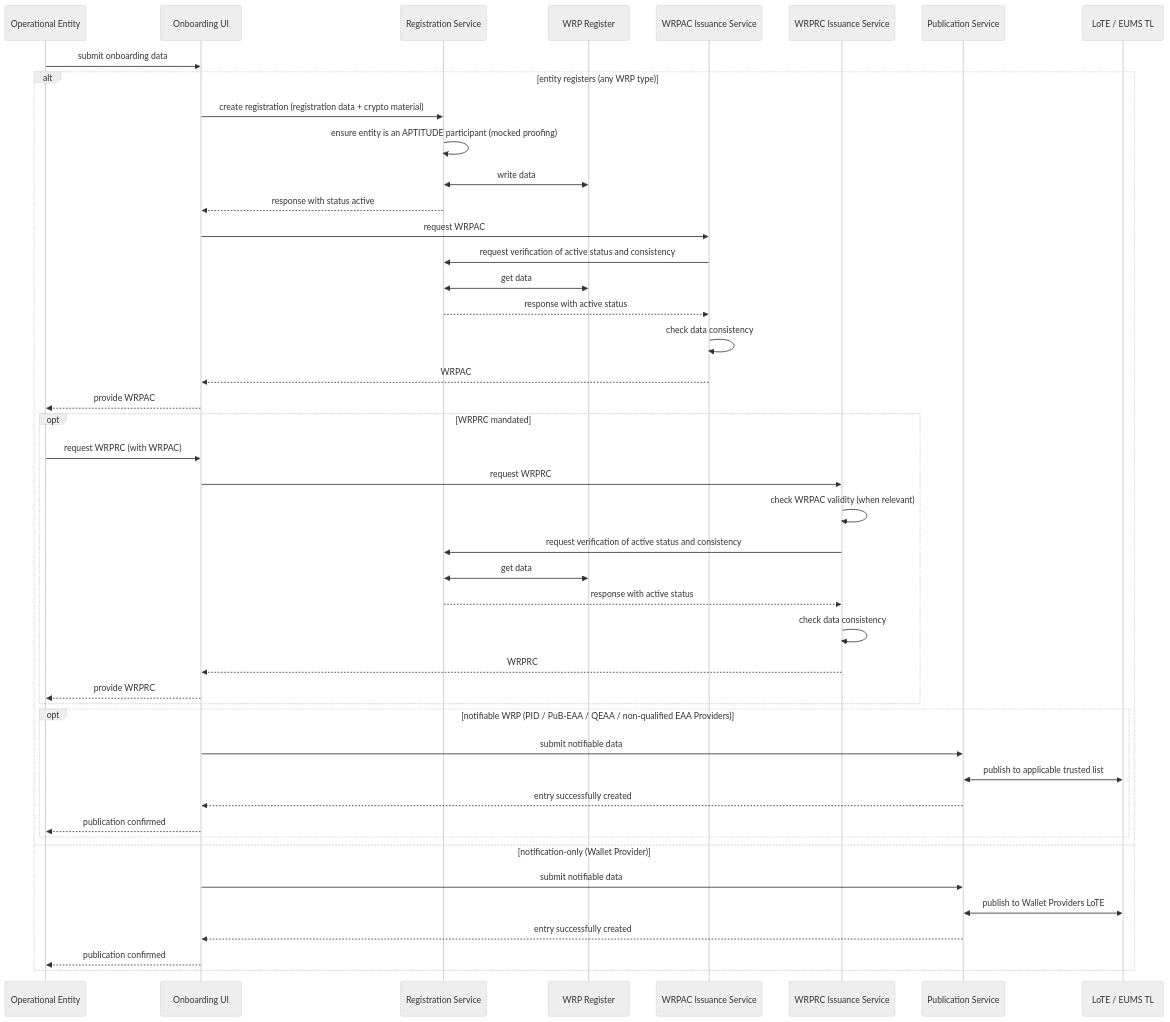
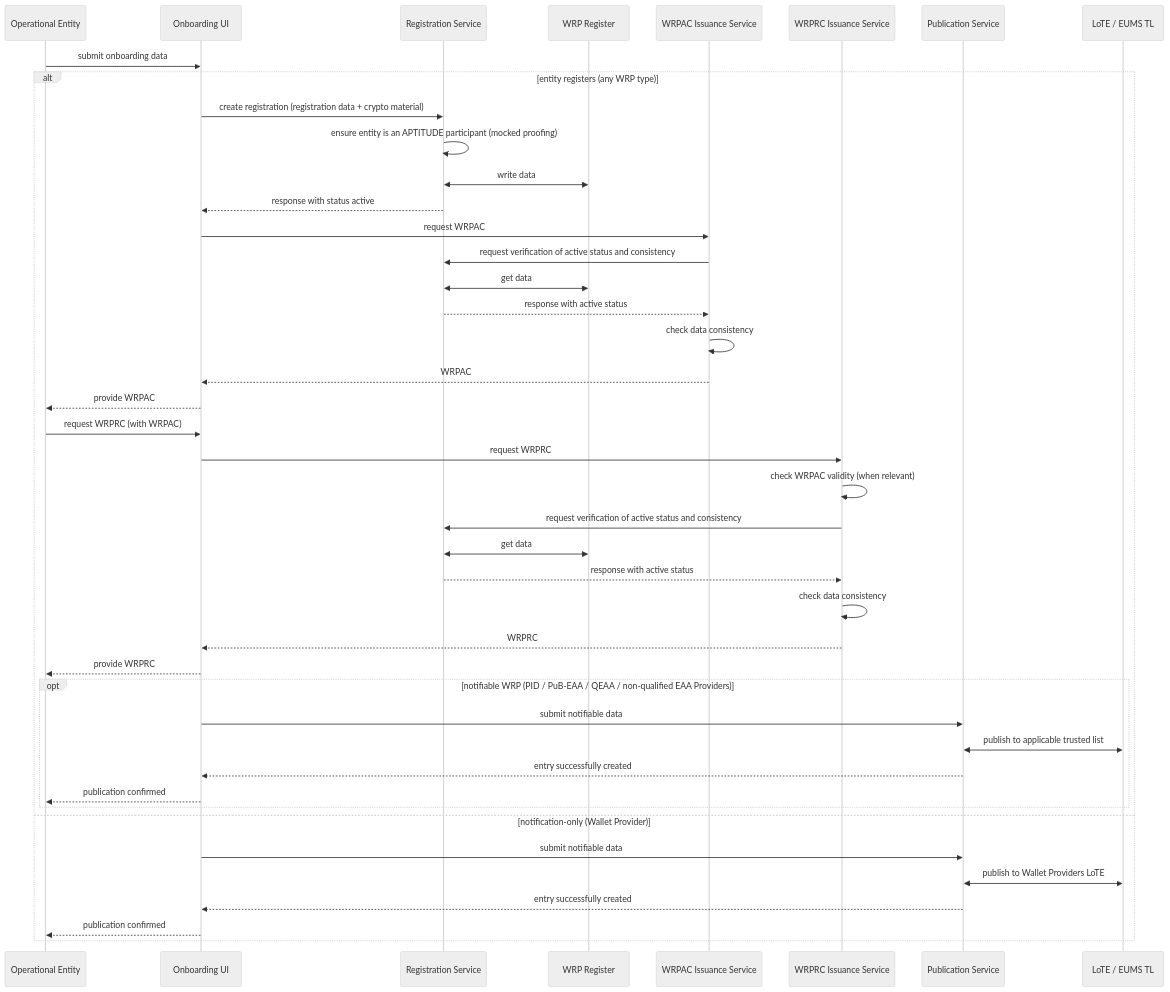
The fourth of 5 diagrams in docs/topics/onboarding-process.md (APTITUDE-Consortium/wp2-trust-specifications), drawn with Mermaid (neutral theme) before and after one commit. The commit also changed other lines of this file and 1 other file, not shown here.

Commit message:
chore: mandatory WRPRC in onboarding process, fix normative language

````diff
--- a/docs/topics/onboarding-process.md
+++ b/docs/topics/onboarding-process.md
@@ -265,48 +265,46 @@
 ```mermaid
 sequenceDiagram
     participant E as Operational Entity
     participant UI as Onboarding UI
     participant RegServ as Registration Service
     participant Register as WRP Register
     participant ACServ as WRPAC Issuance Service
     participant RCServ as WRPRC Issuance Service
     participant PubServ as Publication Service
     participant TL as LoTE / EUMS TL
 
     E->>UI: submit onboarding data
     alt entity registers (any WRP type)
         UI->>RegServ: create registration (registration data + crypto material)
         RegServ->>RegServ: ensure entity is an APTITUDE participant (mocked proofing)
         RegServ<<->>Register: write data
         RegServ-->>UI: response with status active
         UI->>ACServ: request WRPAC
         ACServ->>RegServ: request verification of active status and consistency
         RegServ<<->>Register: get data
         RegServ-->>ACServ: response with active status
         ACServ->>ACServ: check data consistency
         ACServ-->>UI: WRPAC
         UI-->>E: provide WRPAC
-        opt WRPRC mandated
-            E->>UI: request WRPRC (with WRPAC)
-            UI->>RCServ: request WRPRC
-            RCServ->>RCServ: check WRPAC validity (when relevant)
-            RCServ->>RegServ: request verification of active status and consistency
-            RegServ<<->>Register: get data
-            RegServ-->>RCServ: response with active status
-            RCServ->>RCServ: check data consistency
-            RCServ-->>UI: WRPRC
-            UI-->>E: provide WRPRC
-        end
+        E->>UI: request WRPRC (with WRPAC)
+        UI->>RCServ: request WRPRC
+        RCServ->>RCServ: check WRPAC validity (when relevant)
+        RCServ->>RegServ: request verification of active status and consistency
+        RegServ<<->>Register: get data
+        RegServ-->>RCServ: response with active status
+        RCServ->>RCServ: check data consistency
+        RCServ-->>UI: WRPRC
+        UI-->>E: provide WRPRC
         opt notifiable WRP (PID / PuB-EAA / QEAA / non-qualified EAA Providers)
             UI->>PubServ: submit notifiable data
             PubServ<<->>TL: publish to applicable trusted list
             PubServ-->>UI: entry successfully created
             UI-->>E: publication confirmed
         end
     else notification-only (Wallet Provider)
         UI->>PubServ: submit notifiable data
         PubServ<<->>TL: publish to Wallet Providers LoTE
         PubServ-->>UI: entry successfully created
         UI-->>E: publication confirmed
     end
 ```
````
